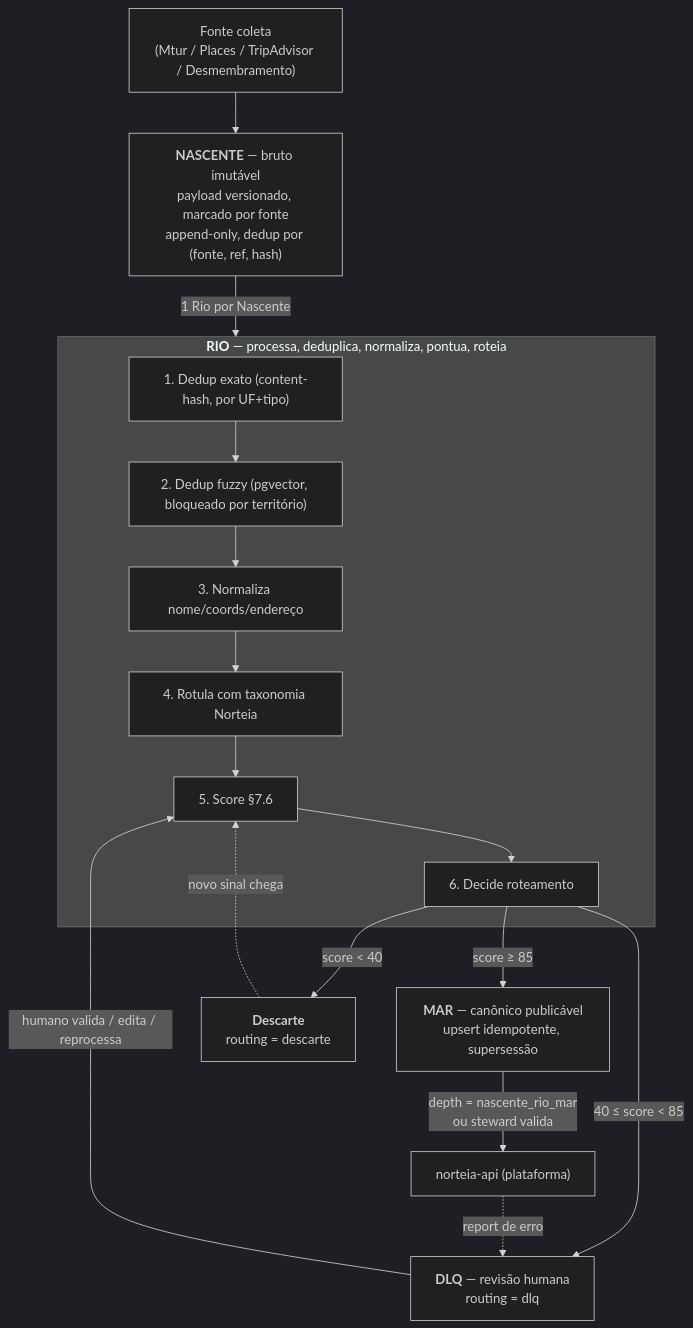
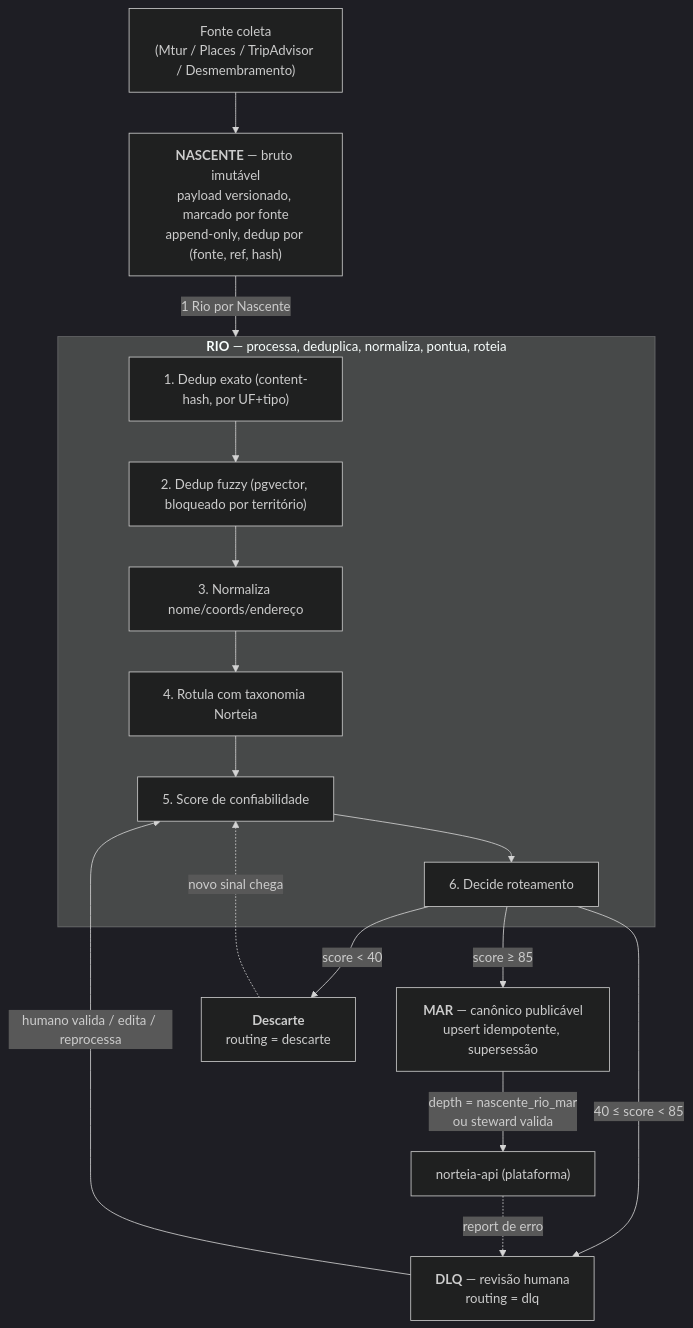
The second of 8 diagrams in docs/FLUXO-BRAVE.md (norteiadev/norteia-brave), drawn with Mermaid (dark theme) before and after one commit. The commit also changed other lines of this file and 82 other files, not shown here.

````diff
--- a/docs/FLUXO-BRAVE.md
+++ b/docs/FLUXO-BRAVE.md
@@ -91,31 +91,31 @@
 ```mermaid
 flowchart TD
     SRC["Fonte coleta<br/>(Mtur / Places / TripAdvisor / Desmembramento)"]
 
     N["<b>NASCENTE</b> — bruto imutável<br/>payload versionado, marcado por fonte<br/>append-only, dedup por (fonte, ref, hash)"]
 
     subgraph RIO["<b>RIO</b> — processa, deduplica, normaliza, pontua, roteia"]
         D1["1. Dedup exato (content-hash, por UF+tipo)"]
         D2["2. Dedup fuzzy (pgvector, bloqueado por território)"]
         D3["3. Normaliza nome/coords/endereço"]
         D4["4. Rotula com taxonomia Norteia"]
-        D5["5. Score §7.6"]
+        D5["5. Score de confiabilidade"]
         D6["6. Decide roteamento"]
         D1-->D2-->D3-->D4-->D5-->D6
     end
 
     MAR["<b>MAR</b> — canônico publicável<br/>upsert idempotente, supersessão"]
     DLQ["<b>DLQ</b> — revisão humana<br/>routing = dlq"]
     DESC["<b>Descarte</b><br/>routing = descarte"]
     NAPI["norteia-api (plataforma)"]
 
     SRC --> N -->|1 Rio por Nascente| RIO
     D6 -->|score ≥ 85| MAR
     D6 -->|40 ≤ score < 85| DLQ
     D6 -->|score < 40| DESC
 
     DLQ -->|humano valida / edita / reprocessa| D5
     DESC -.->|novo sinal chega| D5
     MAR -->|depth = nascente_rio_mar<br/>ou steward valida| NAPI
     NAPI -.->|"report de erro"| DLQ
 ```
````
